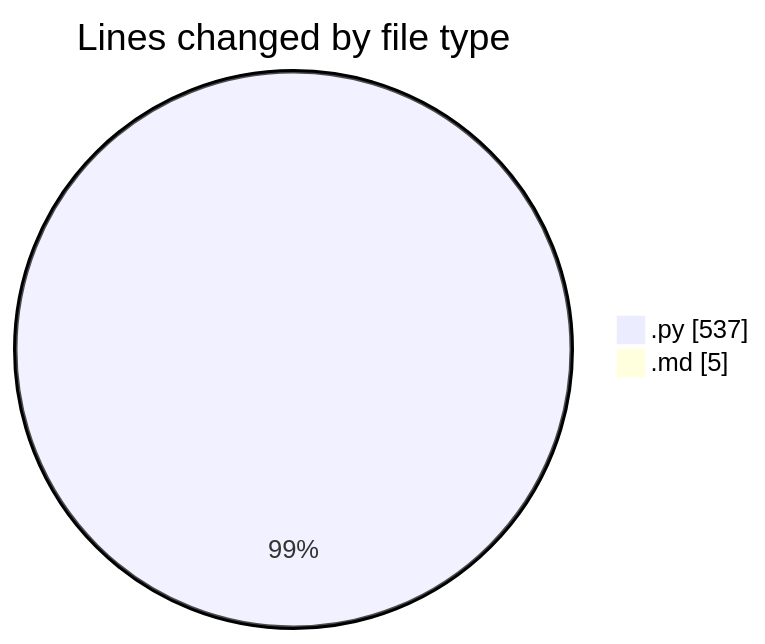
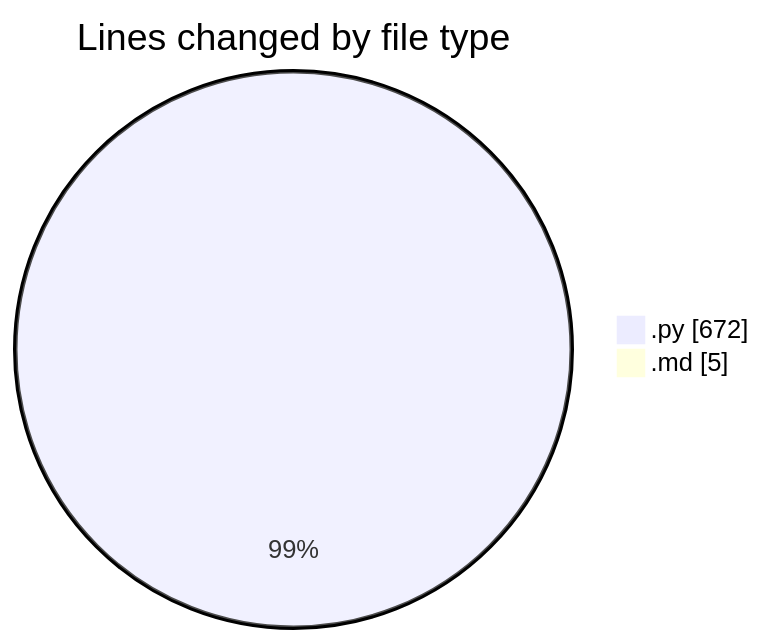
The first of 2 diagrams in 2026-01-10/dsa/README.md (Ritupan-Deka/code-tracking), drawn with Mermaid before and after one commit. The commit also changed other lines of this file and 1 other file, not shown here.

````diff
--- a/2026-01-10/dsa/README.md
+++ b/2026-01-10/dsa/README.md
@@ -21,6 +21,6 @@
 ```mermaid
 pie showData
 title Lines changed by file type
-".py" : 537
+".py" : 672
 ".md" : 5
 ```
````
